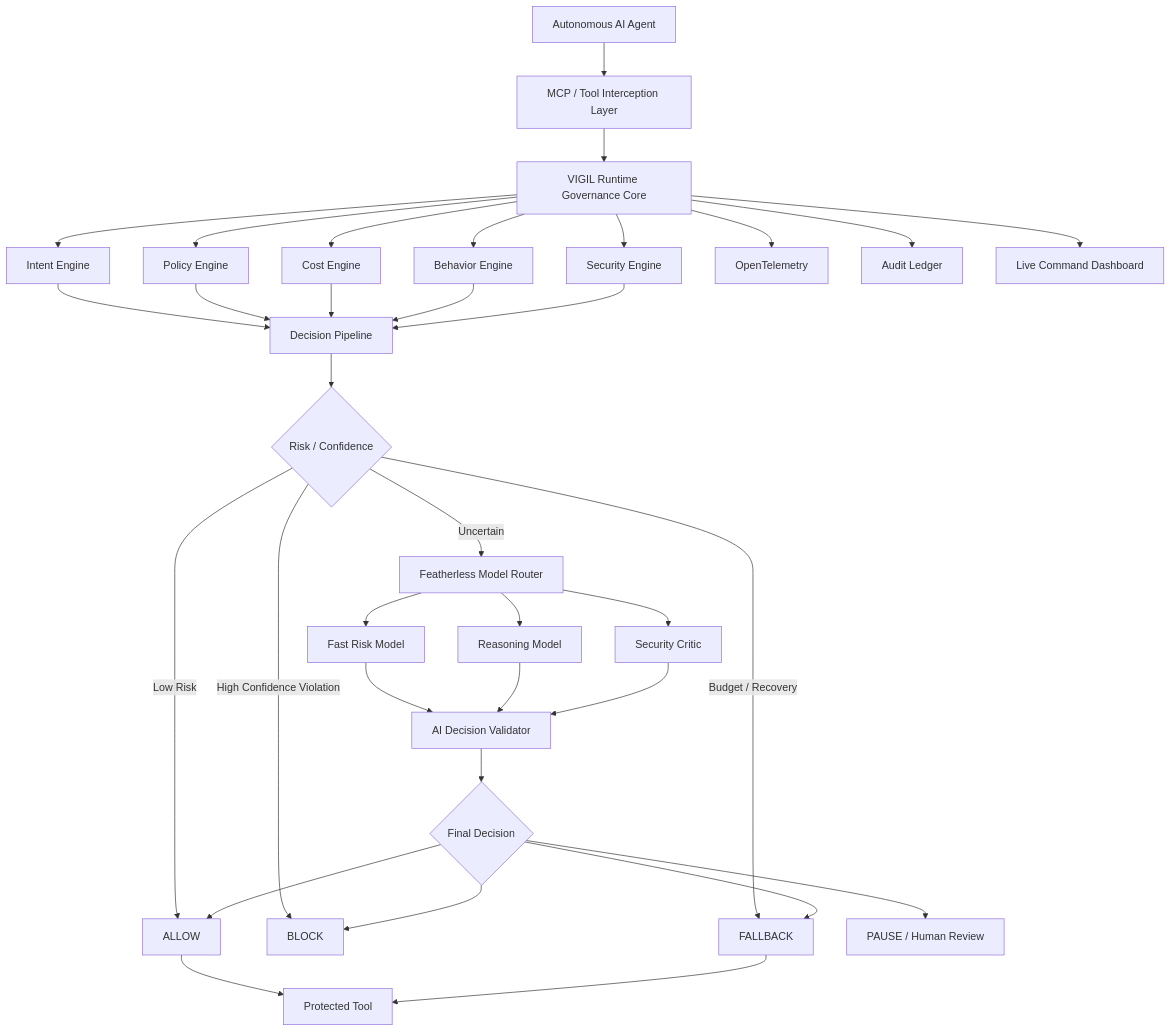
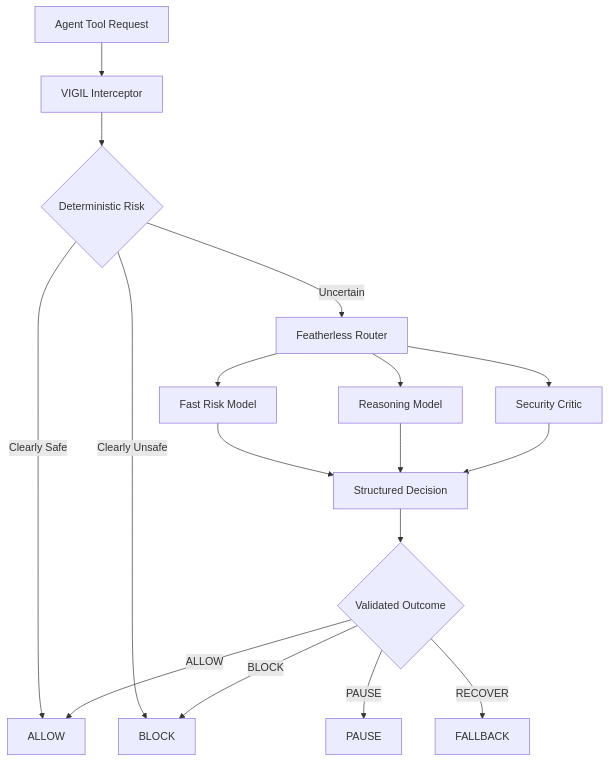
Before and after one commit to LSUDOKO/Vigil: the first of 6 diagrams in vigil-sdk/README.md, drawn with Mermaid. The commit also changed other lines of this file and 1 other file, not shown here.

````diff
--- a/vigil-sdk/README.md
+++ b/vigil-sdk/README.md
@@ -350,50 +219,27 @@
 ```mermaid
 flowchart TD
 
-    A[Autonomous AI Agent]
+    A[Agent Tool Request]
+        --> B[VIGIL Interceptor]
 
-    A --> B[MCP / Tool Interception Layer]
+    B --> C{Deterministic Risk}
 
-    B --> C[VIGIL Runtime Governance Core]
+    C -->|Clearly Safe| D[ALLOW]
+    C -->|Clearly Unsafe| E[BLOCK]
+    C -->|Uncertain| F[Featherless Router]
 
-    C --> D[Intent Engine]
-    C --> E[Policy Engine]
-    C --> F[Cost Engine]
-    C --> G[Behavior Engine]
-    C --> H[Security Engine]
+    F --> G[Fast Risk Model]
+    F --> H[Reasoning Model]
+    F --> I[Security Critic]
 
-    D --> I[Decision Pipeline]
-    E --> I
-    F --> I
-    G --> I
-    H --> I
+    G --> J[Structured Decision]
+    H --> J
+    I --> J
 
-    I --> J{Risk / Confidence}
+    J --> K{Validated Outcome}
 
-    J -->|Low Risk| K[ALLOW]
-    J -->|High Confidence Violation| L[BLOCK]
-    J -->|Budget / Recovery| M[FALLBACK]
-    J -->|Uncertain| N[Featherless Model Router]
-
-    N --> O[Fast Risk Model]
-    N --> P[Reasoning Model]
-    N --> Q[Security Critic]
-
-    O --> R[AI Decision Validator]
-    P --> R
-    Q --> R
-
-    R --> S{Final Decision}
-
-    S --> K
-    S --> L
-    S --> M
-    S --> T[PAUSE / Human Review]
-
-    C --> U[OpenTelemetry]
-    C --> V[Audit Ledger]
-    C --> W[Live Command Dashboard]
-
-    K --> X[Protected Tool]
-    M --> X
+    K -->|ALLOW| D
+    K -->|PAUSE| L[PAUSE]
+    K -->|BLOCK| E
+    K -->|RECOVER| M[FALLBACK]
 ```
````
